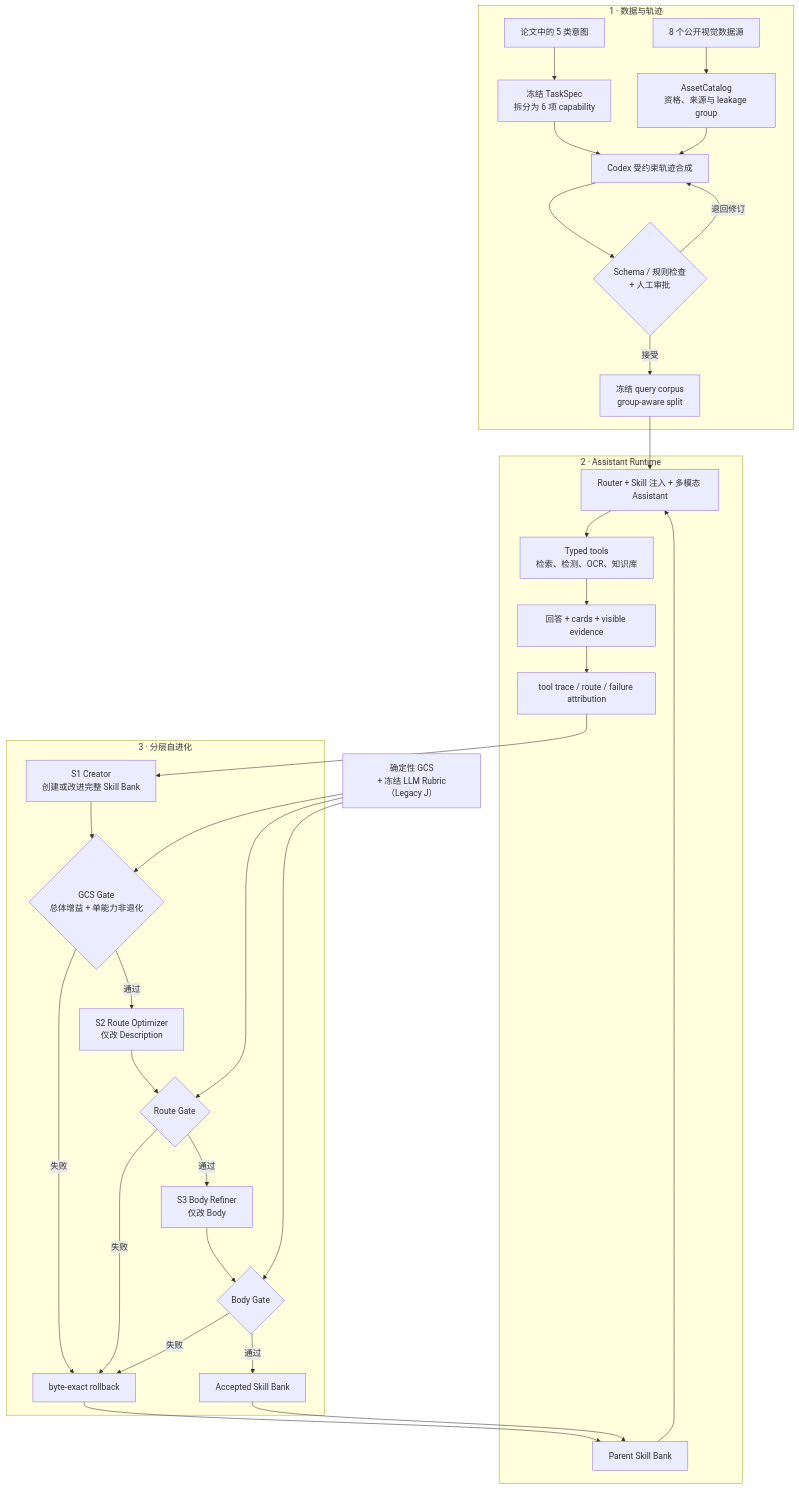
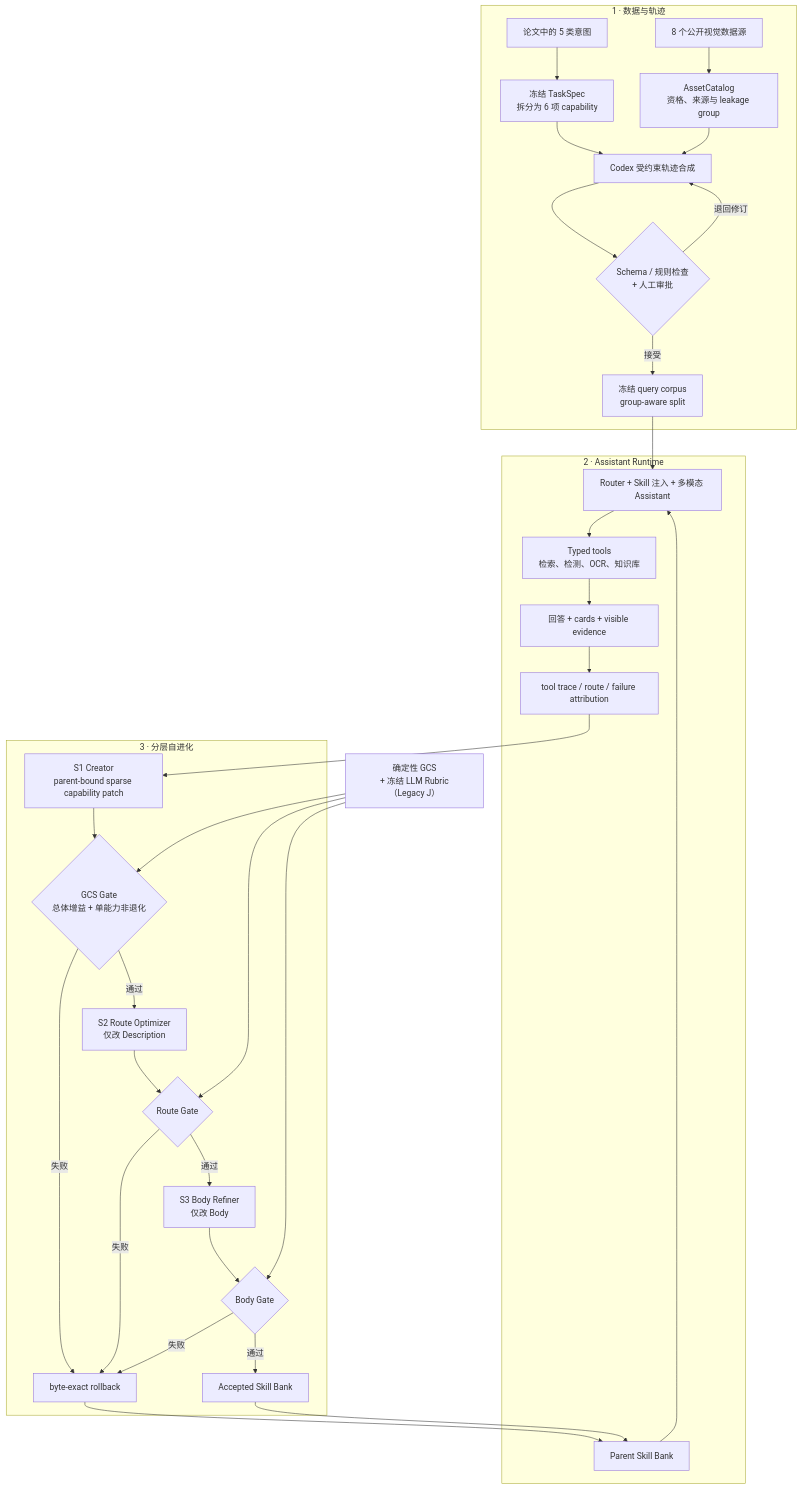
One commit to tortoiseknightma/E-SkillChain changed the diagram in README.md. Above: the diagram before and after it, drawn with Mermaid. The commit also changed other lines of this file and 38 other files, not shown here.

````diff
--- a/README.md
+++ b/README.md
@@ -46,39 +68,39 @@
 ```mermaid
 flowchart TB
   subgraph DATA["1 · 数据与轨迹"]
     P["论文中的 5 类意图"] --> T["冻结 TaskSpec<br/>拆分为 6 项 capability"]
     O["8 个公开视觉数据源"] --> AC["AssetCatalog<br/>资格、来源与 leakage group"]
     T --> C["Codex 受约束轨迹合成"]
     AC --> C
     C --> H{"Schema / 规则检查<br/>+ 人工审批"}
     H -- "退回修订" --> C
     H -- "接受" --> Q["冻结 query corpus<br/>group-aware split"]
   end
 
   subgraph RUNTIME["2 · Assistant Runtime"]
     Q --> A["Router + Skill 注入 + 多模态 Assistant"]
     B0["Parent Skill Bank"] --> A
     A --> TOOLS["Typed tools<br/>检索、检测、OCR、知识库"]
     TOOLS --> RESP["回答 + cards + visible evidence"]
     RESP --> TRACE["tool trace / route / failure attribution"]
   end
 
   subgraph EVOLVE["3 · 分层自进化"]
-    TRACE --> S1["S1 Creator<br/>创建或改进完整 Skill Bank"]
+    TRACE --> S1["S1 Creator<br/>parent-bound sparse capability patch"]
     S1 --> G1{"GCS Gate<br/>总体增益 + 单能力非退化"}
     G1 -- "通过" --> S2["S2 Route Optimizer<br/>仅改 Description"]
     S2 --> G2{"Route Gate"}
     G2 -- "通过" --> S3["S3 Body Refiner<br/>仅改 Body"]
     S3 --> G3{"Body Gate"}
     G3 -- "通过" --> BN["Accepted Skill Bank"]
     G1 -- "失败" --> RB["byte-exact rollback"]
     G2 -- "失败" --> RB
     G3 -- "失败" --> RB
     RB --> B0
     BN --> B0
   end
 
   EVAL["确定性 GCS<br/>+ 冻结 LLM Rubric（Legacy J）"] --> G1
   EVAL --> G2
   EVAL --> G3
 ```
````
